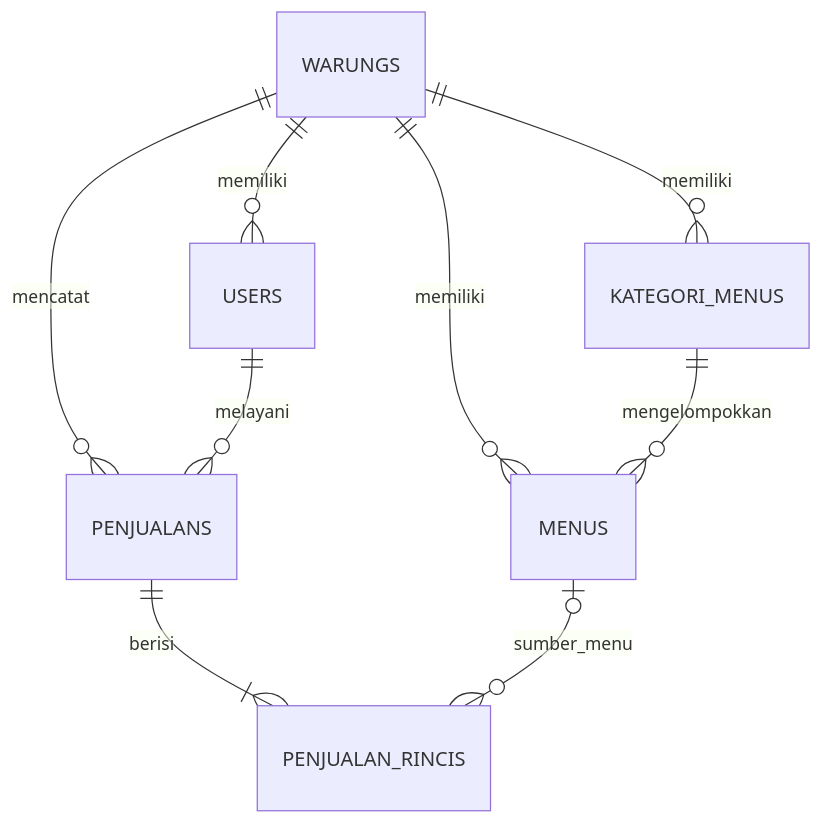
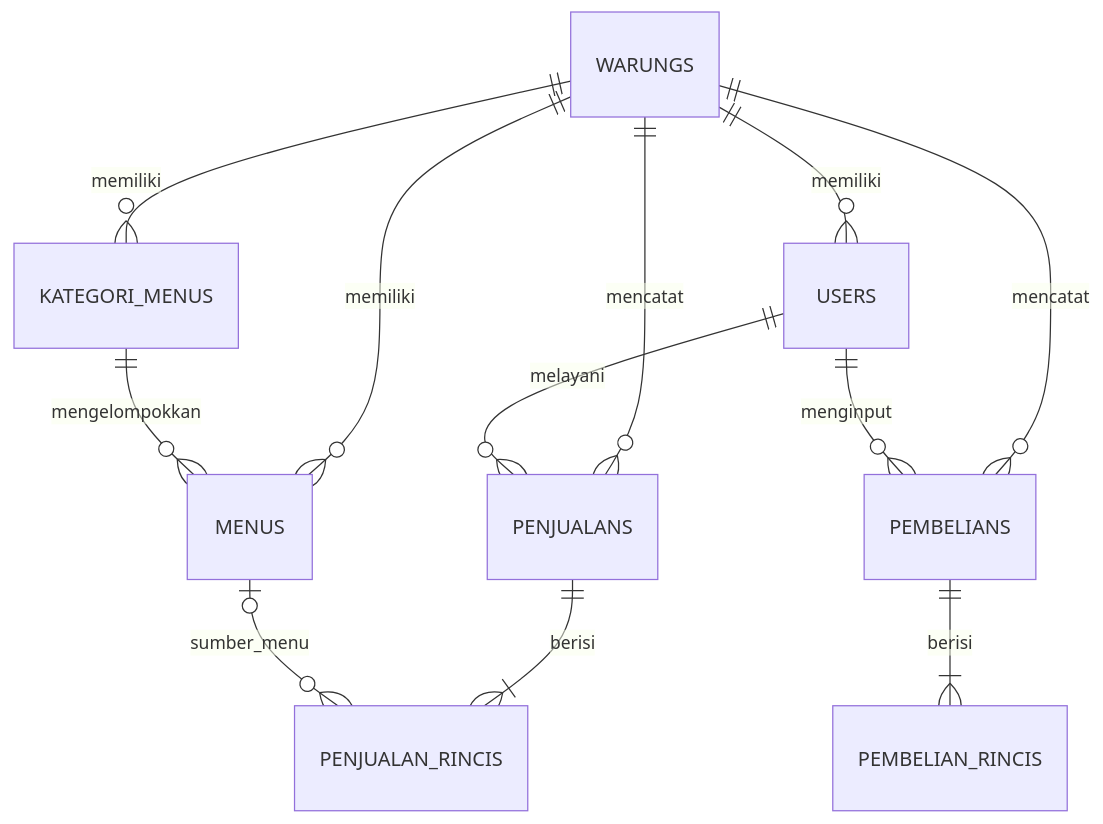
Before and after one commit to buntal212/api.larissama: the diagram in database/README.md, drawn with Mermaid. The commit also changed other lines of this file, not shown here.

````diff
--- a/database/README.md
+++ b/database/README.md
@@ -30,11 +34,14 @@
 ```mermaid
 erDiagram
     WARUNGS ||--o{ USERS : memiliki
     WARUNGS ||--o{ KATEGORI_MENUS : memiliki
     WARUNGS ||--o{ MENUS : memiliki
     KATEGORI_MENUS ||--o{ MENUS : mengelompokkan
     WARUNGS ||--o{ PENJUALANS : mencatat
     USERS ||--o{ PENJUALANS : melayani
     PENJUALANS ||--|{ PENJUALAN_RINCIS : berisi
     MENUS o|--o{ PENJUALAN_RINCIS : sumber_menu
+    WARUNGS ||--o{ PEMBELIANS : mencatat
+    USERS ||--o{ PEMBELIANS : menginput
+    PEMBELIANS ||--|{ PEMBELIAN_RINCIS : berisi
 ```
````
